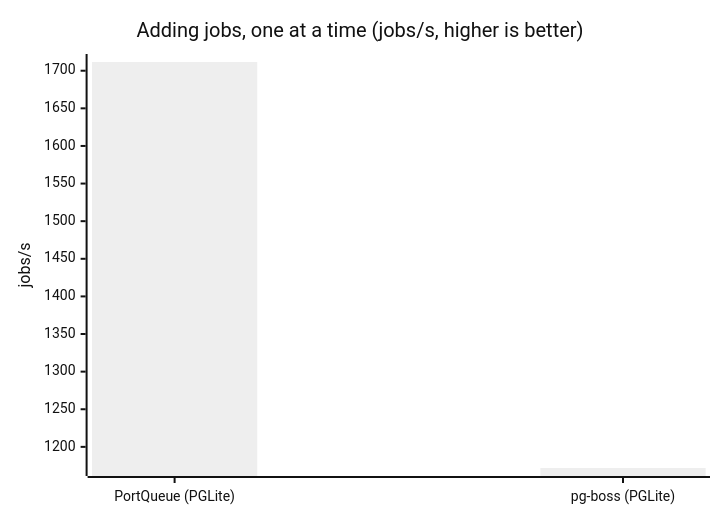
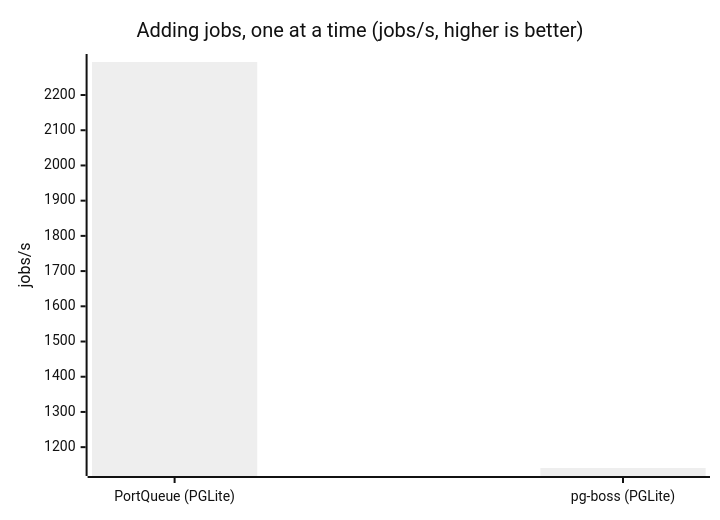
Before and after one commit to episclera/portqueue: the first of 4 diagrams in benchmarks/portqueue_vs_pgboss/README.md, drawn with Mermaid (neutral theme). The commit also changed other lines of this file and 4 other files, not shown here.

````diff
--- a/benchmarks/portqueue_vs_pgboss/README.md
+++ b/benchmarks/portqueue_vs_pgboss/README.md
@@ -82,7 +82,7 @@
 ```mermaid
 xychart-beta
     title "Adding jobs, one at a time (jobs/s, higher is better)"
     x-axis ["PortQueue (PGLite)", "pg-boss (PGLite)"]
     y-axis "jobs/s"
-    bar [1711.6, 1171.9]
+    bar [2293.8, 1140.8]
 ```
````
